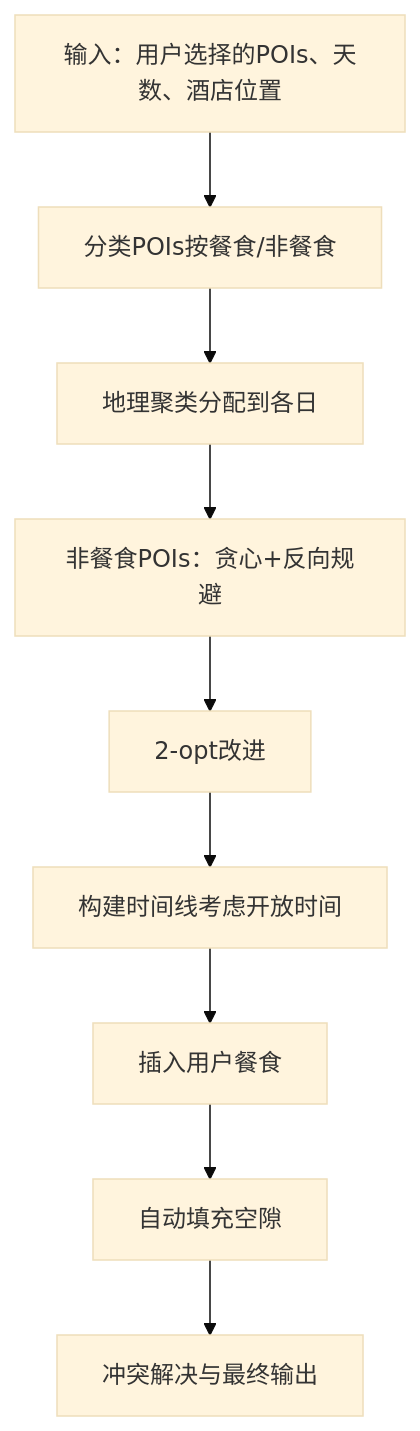
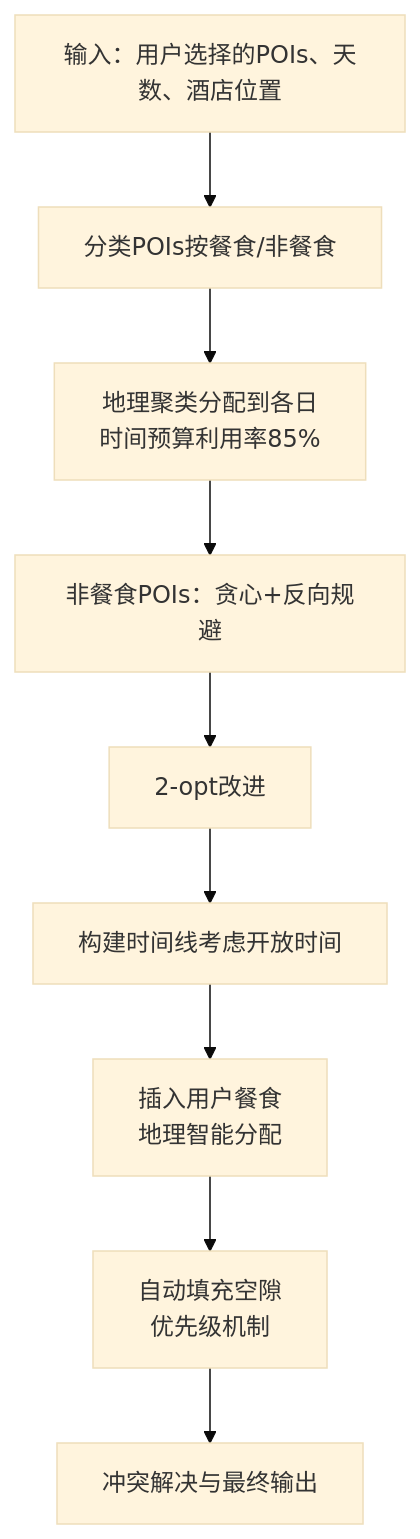
One commit to ititjjy/AITrip-plan changed the fifth of 8 diagrams in .qoder/repowiki/zh/content/项目概述/核心功能特性/预算与时间管理.md. Above: the diagram before and after it, drawn with Mermaid (base theme). The commit also changed other lines of this file and 144 other files, not shown here.

````diff
--- a/.qoder/repowiki/zh/content/项目概述/核心功能特性/预算与时间管理.md
+++ b/.qoder/repowiki/zh/content/项目概述/核心功能特性/预算与时间管理.md
@@ -241,11 +254,11 @@
 ```mermaid
 flowchart TD
 A["输入：用户选择的POIs、天数、酒店位置"] --> B["分类POIs按餐食/非餐食"]
-B --> C["地理聚类分配到各日"]
+B --> C["地理聚类分配到各日<br/>时间预算利用率85%"]
 C --> D["非餐食POIs：贪心+反向规避"]
 D --> E["2-opt改进"]
 E --> F["构建时间线考虑开放时间"]
-F --> G["插入用户餐食"]
-G --> H["自动填充空隙"]
+F --> G["插入用户餐食<br/>地理智能分配"]
+G --> H["自动填充空隙<br/>优先级机制"]
 H --> I["冲突解决与最终输出"]
 ```
````
